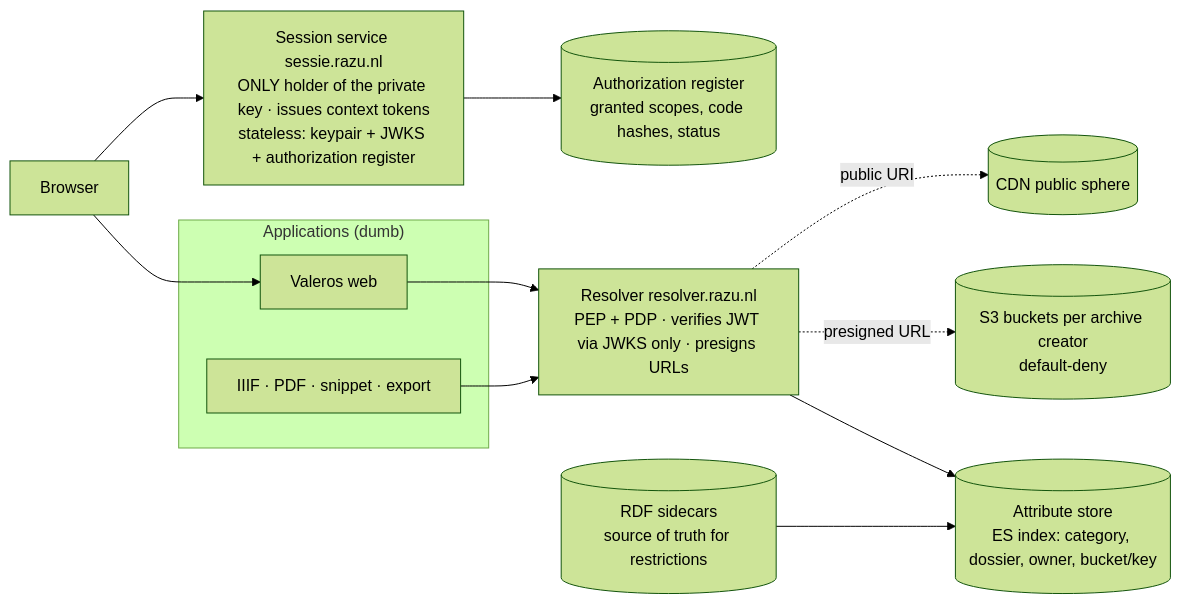
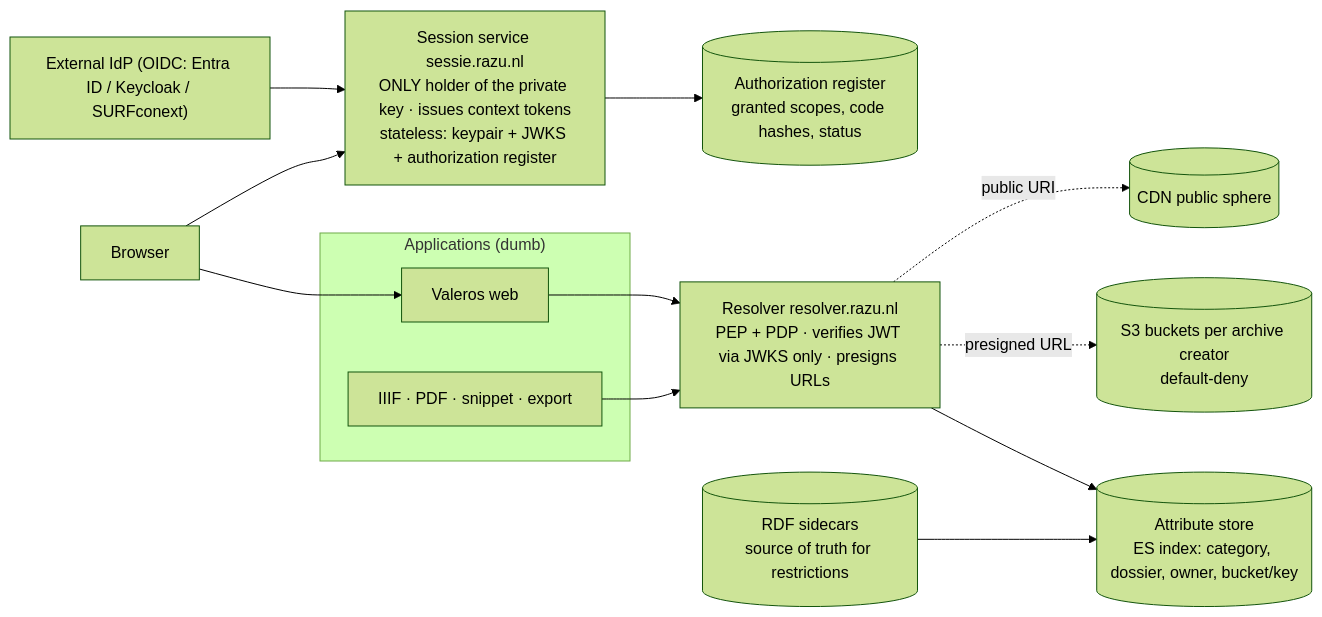
One commit to Regionaal-Archief-Zuid-Utrecht/vestibulum changed the second of 2 diagrams in access-restrictions-overview.en.md. Above: the diagram before and after it, drawn with Mermaid (forest theme). The commit also changed 1 other file, not shown here.

Commit message:
work in progress

````diff
--- a/access-restrictions-overview.en.md
+++ b/access-restrictions-overview.en.md
@@ -59,24 +59,26 @@
 ```mermaid
 graph LR
   subgraph Apps["Applications (dumb)"]
     V[Valeros web]
     I[IIIF · PDF · snippet · export]
   end
   B[Browser]
+  IdP["External IdP (OIDC: Entra ID / Keycloak / SURFconext)"]
   R["Resolver resolver.razu.nl<br/>PEP + PDP · verifies JWT via JWKS only · presigns URLs"]
   S["Session service sessie.razu.nl<br/>ONLY holder of the private key · issues context tokens<br/>stateless: keypair + JWKS + authorization register"]
   A[("Attribute store<br/>ES index: category, dossier, owner, bucket/key")]
   G[("Authorization register<br/>granted scopes, code hashes, status")]
   C[("RDF sidecars<br/>source of truth for restrictions")]
   S3[("S3 buckets per archive creator<br/>default-deny")]
   CDN[(CDN public sphere)]
   B --> V
   V --> R
   I --> R
   R --> A
+  IdP --> S
   S --> G
   C --> A
   R -. presigned URL .-> S3
   R -. public URI .-> CDN
   B --> S
 ```
````
